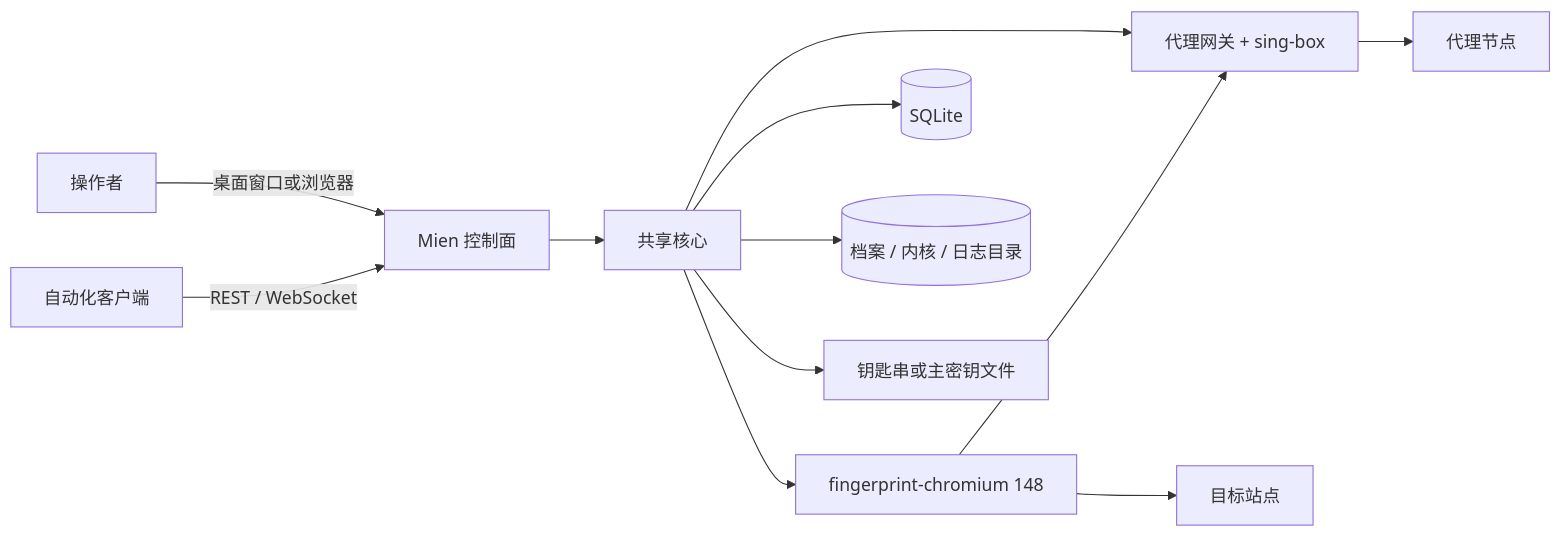
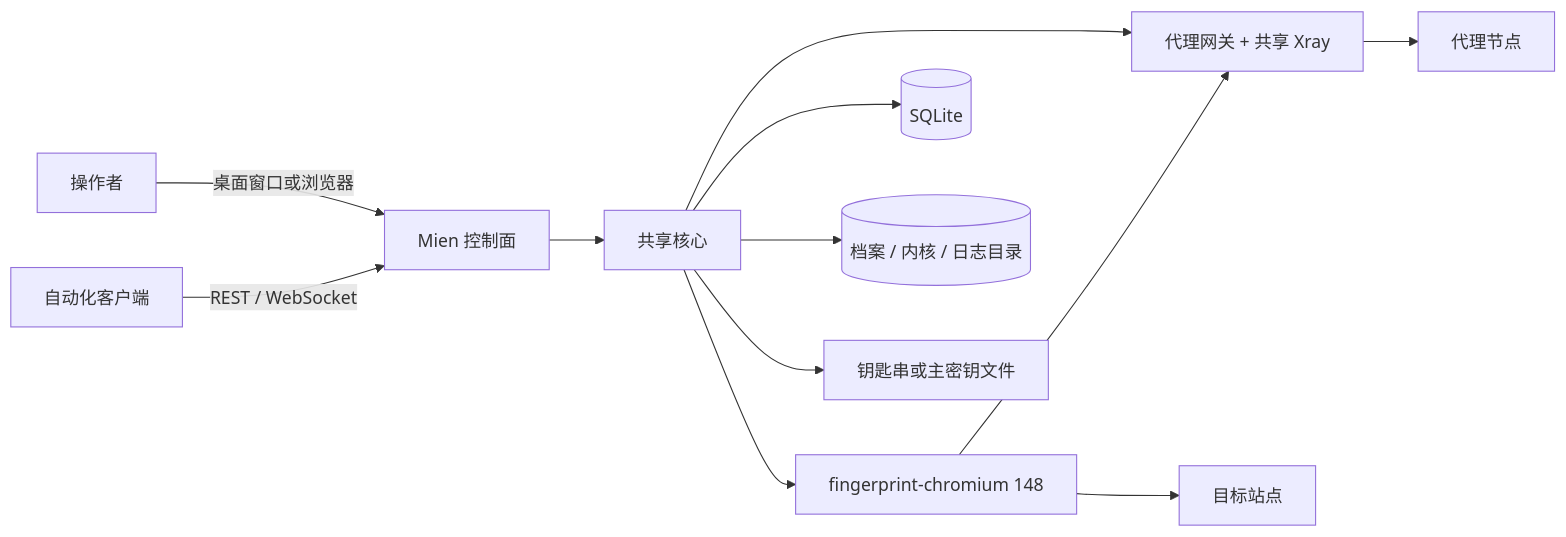
One commit to IvanLi-CN/mien changed the first of 8 diagrams in docs/ARCHITECTURE.md. Above: the diagram before and after it, drawn with Mermaid. The commit also changed other lines of this file and 23 other files, not shown here.

First line of the commit message:
docs: adopt shared Xray proxy engine

````diff
--- a/docs/ARCHITECTURE.md
+++ b/docs/ARCHITECTURE.md
@@ -20,14 +20,14 @@
 ```mermaid
 flowchart LR
   Operator["操作者"] -->|"桌面窗口或浏览器"| Control["Mien 控制面"]
   Automation["自动化客户端"] -->|"REST / WebSocket"| Control
   Control --> Core["共享核心"]
   Core --> Kernel["fingerprint-chromium 148"]
-  Core --> Proxy["代理网关 + sing-box"]
+  Core --> Proxy["代理网关 + 共享 Xray"]
   Kernel --> Proxy
   Proxy --> Upstream["代理节点"]
   Kernel --> Sites["目标站点"]
   Core --> DB[("SQLite")]
   Core --> Data[("档案 / 内核 / 日志目录")]
   Core --> Secrets["钥匙串或主密钥文件"]
 ```
````
